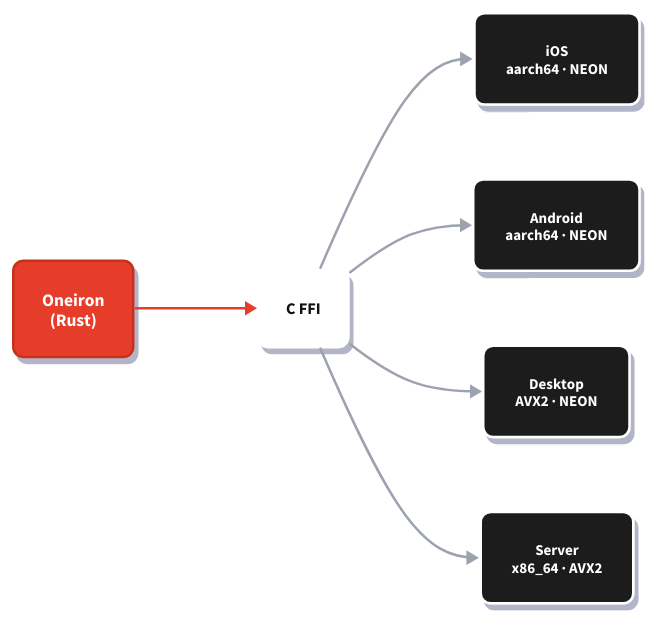
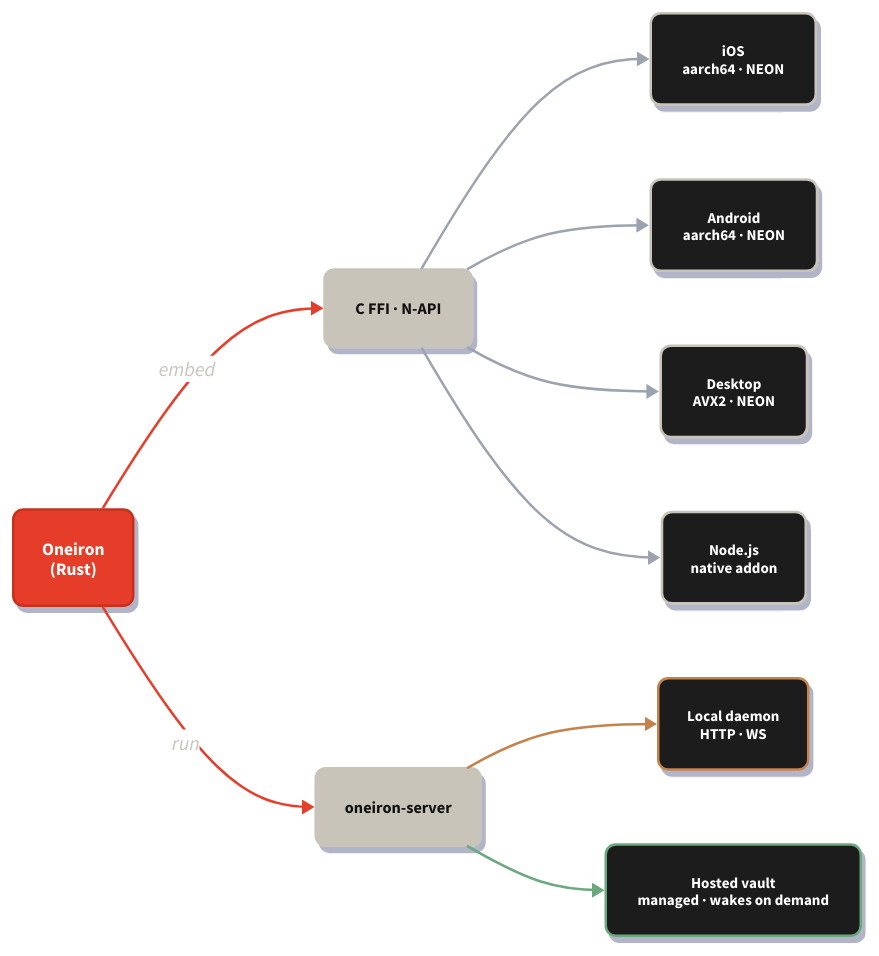
One commit to oneiron-dev/oneiron changed the diagram in docs/deployment-dark.d2. Above: the diagram before and after it, drawn with D2. The commit also changed 8 other files, not shown here.

First line of the commit message:
docs: refresh deployment and storage diagrams

```diff
--- a/docs/deployment-dark.d2
+++ b/docs/deployment-dark.d2
@@ -1,64 +1,100 @@
 direction: right
 
-core: Oneiron\n(Rust) {
+# --- Oneiron palette (dark) ---
+# accent:  #E63E2A · ink: #C8C4BA · raised: #1E1E1E
+# success: #6BA87D · muted: #9CA3AF · brown: #C4824D
+
+core: "Oneiron\n(Rust)" {
   style.fill: "#E63E2A"
   style.font-color: "#ffffff"
   style.stroke: "#c4321f"
   style.border-radius: 8
   style.font-size: 14
   style.bold: true
   style.shadow: true
 }
 
-ffi: C FFI {
-  style.fill: "#ffffff"
+ffi: "C FFI · N-API" {
+  style.fill: "#C8C4BA"
   style.font-color: "#111111"
-  style.stroke: "#ffffff"
+  style.stroke: "#C8C4BA"
   style.border-radius: 8
   style.font-size: 13
   style.bold: true
   style.shadow: true
 }
 
-ios: iOS\naarch64 · NEON {
-  style.fill: "#1A1A1A"
+daemon: oneiron-server {
+  style.fill: "#C8C4BA"
+  style.font-color: "#111111"
+  style.stroke: "#C8C4BA"
+  style.border-radius: 8
+  style.font-size: 13
+  style.bold: true
+  style.shadow: true
+}
+
+ios: "iOS\naarch64 · NEON" {
+  style.fill: "#1E1E1E"
   style.font-color: "#ffffff"
-  style.stroke: "#ffffff"
+  style.stroke: "#C8C4BA"
   style.border-radius: 8
   style.font-size: 12
   style.shadow: true
 }
 
-android: Android\naarch64 · NEON {
-  style.fill: "#1A1A1A"
+android: "Android\naarch64 · NEON" {
+  style.fill: "#1E1E1E"
   style.font-color: "#ffffff"
-  style.stroke: "#ffffff"
+  style.stroke: "#C8C4BA"
   style.border-radius: 8
   style.font-size: 12
   style.shadow: true
 }
 
-desktop: Desktop\nAVX2 · NEON {
-  style.fill: "#1A1A1A"
+desktop: "Desktop\nAVX2 · NEON" {
+  style.fill: "#1E1E1E"
   style.font-color: "#ffffff"
-  style.stroke: "#ffffff"
+  style.stroke: "#C8C4BA"
   style.border-radius: 8
   style.font-size: 12
   style.shadow: true
 }
 
-server: Server\nx86_64 · AVX2 {
-  style.fill: "#1A1A1A"
+node: "Node.js\nnative addon" {
+  style.fill: "#1E1E1E"
   style.font-color: "#ffffff"
-  style.stroke: "#ffffff"
+  style.stroke: "#C8C4BA"
   style.border-radius: 8
   style.font-size: 12
   style.shadow: true
 }
 
-core -> ffi: {style.stroke: "#E63E2A"; style.stroke-width: 2}
+local: "Local daemon\nHTTP · WS" {
+  style.fill: "#1E1E1E"
+  style.font-color: "#ffffff"
+  style.stroke: "#C4824D"
+  style.border-radius: 8
+  style.font-size: 12
+  style.shadow: true
+}
+
+hosted: "Hosted vault\nmanaged · wakes on demand" {
+  style.fill: "#1E1E1E"
+  style.font-color: "#ffffff"
+  style.stroke: "#6BA87D"
+  style.border-radius: 8
+  style.font-size: 12
+  style.shadow: true
+}
+
+core -> ffi: embed {style.stroke: "#E63E2A"; style.stroke-width: 2; style.font-color: "#C8C4BA"}
+core -> daemon: run {style.stroke: "#E63E2A"; style.stroke-width: 2; style.font-color: "#C8C4BA"}
 
 ffi -> ios: {style.stroke: "#9CA3AF"; style.stroke-width: 2}
 ffi -> android: {style.stroke: "#9CA3AF"; style.stroke-width: 2}
 ffi -> desktop: {style.stroke: "#9CA3AF"; style.stroke-width: 2}
-ffi -> server: {style.stroke: "#9CA3AF"; style.stroke-width: 2}
+ffi -> node: {style.stroke: "#9CA3AF"; style.stroke-width: 2}
+
+daemon -> local: {style.stroke: "#C4824D"; style.stroke-width: 2}
+daemon -> hosted: {style.stroke: "#6BA87D"; style.stroke-width: 2}
```
